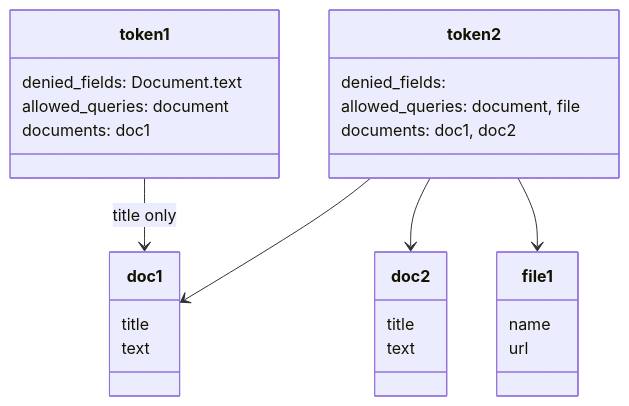
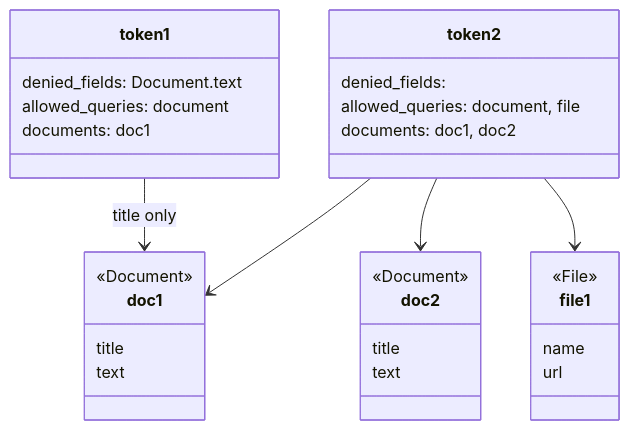
Before and after one commit to sashee/appsync-lambda-auth: the diagram in README.md, drawn with Mermaid. The commit also changed other lines of this file, not shown here.

````diff
--- a/README.md
+++ b/README.md
@@ -3,29 +11,32 @@
 ```mermaid
 classDiagram
     class token1 {
         denied_fields: Document.text
         allowed_queries: document
         documents: doc1
     }
     class token2 {
         denied_fields: 
         allowed_queries: document, file
         documents: doc1, doc2
     }
     class doc1 {
+        <<Document>>
         title
         text
     }
     class doc2 {
+        <<Document>>
         title
         text
     }
     class file1 {
+        <<File>>
         name
         url
     }
     token1 --> doc1: title only
     token2 --> doc1
     token2 --> doc2
     token2 --> file1
 ```
````
